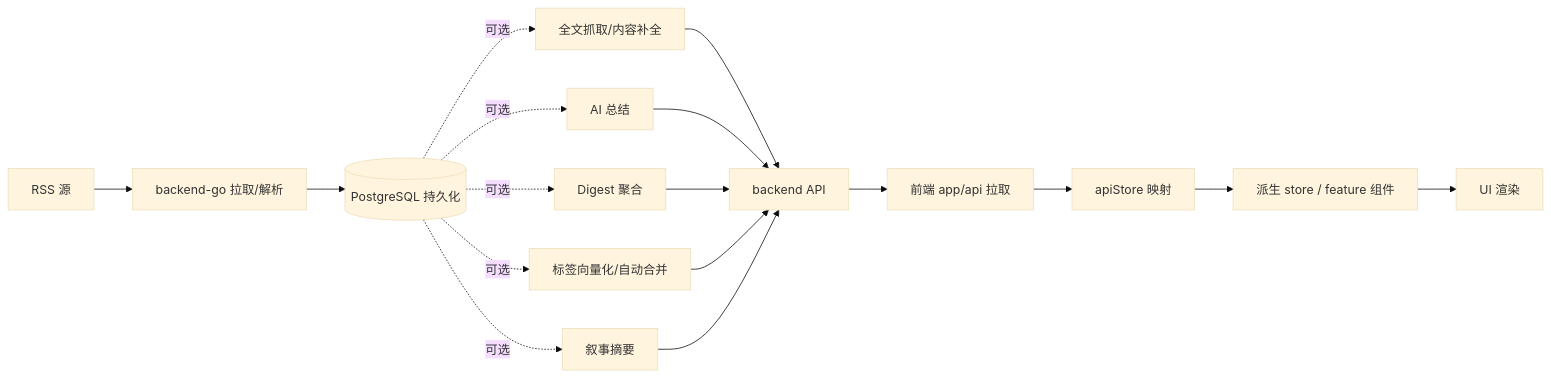
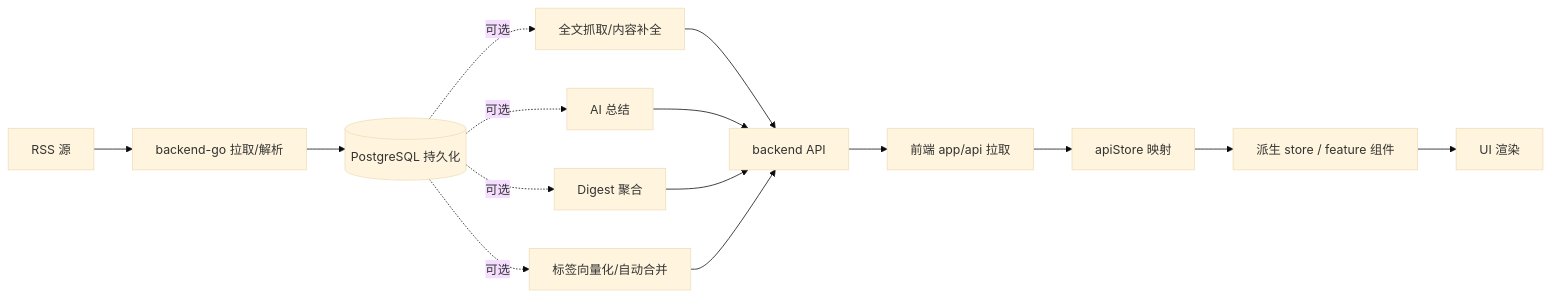
Before and after one commit to ZanebonoAlter/my-robot: the diagram in docs/reference/flow/README.md, drawn with Mermaid (base theme). The commit also changed other lines of this file and 590 other files, not shown here.

````diff
--- a/docs/reference/flow/README.md
+++ b/docs/reference/flow/README.md
@@ -20,15 +40,14 @@
 ```mermaid
 flowchart LR
   RSS[RSS 源] --> BACK[backend-go 拉取/解析]
   BACK --> PG[(PostgreSQL 持久化)]
   PG -.可选.-> ENRICH[全文抓取/内容补全]
   PG -.可选.-> SUMMARY[AI 总结]
   PG -.可选.-> DIGEST[Digest 聚合]
   PG -.可选.-> TAG[标签向量化/自动合并]
-  PG -.可选.-> NARR[叙事摘要]
-  ENRICH & SUMMARY & DIGEST & TAG & NARR --> API[backend API]
+  ENRICH & SUMMARY & DIGEST & TAG --> API[backend API]
   API --> FETCH[前端 app/api 拉取]
   FETCH --> STORE[apiStore 映射]
   STORE --> DERIVE[派生 store / feature 组件]
   DERIVE --> UI[UI 渲染]
 ```
````
